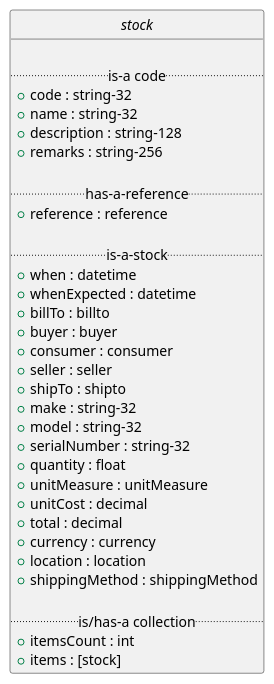
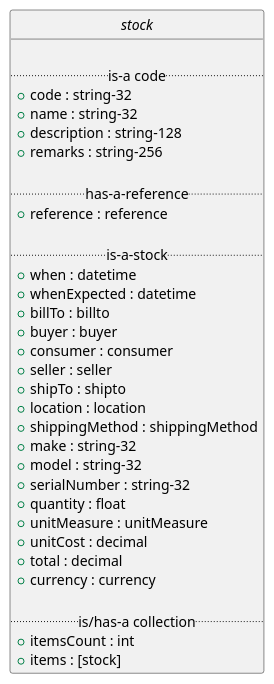
Before and after one commit to EciStg/order-placement: the second of 2 diagrams in stock/stock.org, drawn with PlantUML. The commit also changed other lines of this file and 8 other files, not shown here.

```diff
--- a/stock/stock.org
+++ b/stock/stock.org
@@ -52,40 +52,40 @@
 #+BEGIN_SRC plantuml :file ../images/stock-class-diagram.puml.png :exports results
   @startuml
   hide circle
 
   interface stock {
 
   .. is-a code ..
   {field} + code : string-32
   {field} + name : string-32
   {field} + description : string-128
   {field} + remarks : string-256
 
   .. has-a-reference ..
   {field} + reference : reference
 
   .. is-a-stock ..
   {field} + when : datetime
   {field} + whenExpected : datetime
   {field} + billTo : billto
   {field} + buyer : buyer
   {field} + consumer : consumer
   {field} + seller : seller
   {field} + shipTo : shipto
+  {field} + location : location
+  {field} + shippingMethod : shippingMethod
   {field} + make : string-32
   {field} + model : string-32
   {field} + serialNumber : string-32
   {field} + quantity : float
   {field} + unitMeasure : unitMeasure
   {field} + unitCost : decimal
   {field} + total : decimal
   {field} + currency : currency
-  {field} + location : location
-  {field} + shippingMethod : shippingMethod
 
   .. is/has-a collection ..
   {field} + itemsCount : int
   {field} + items : [stock]
   }
   @enduml
 #+END_SRC
```
